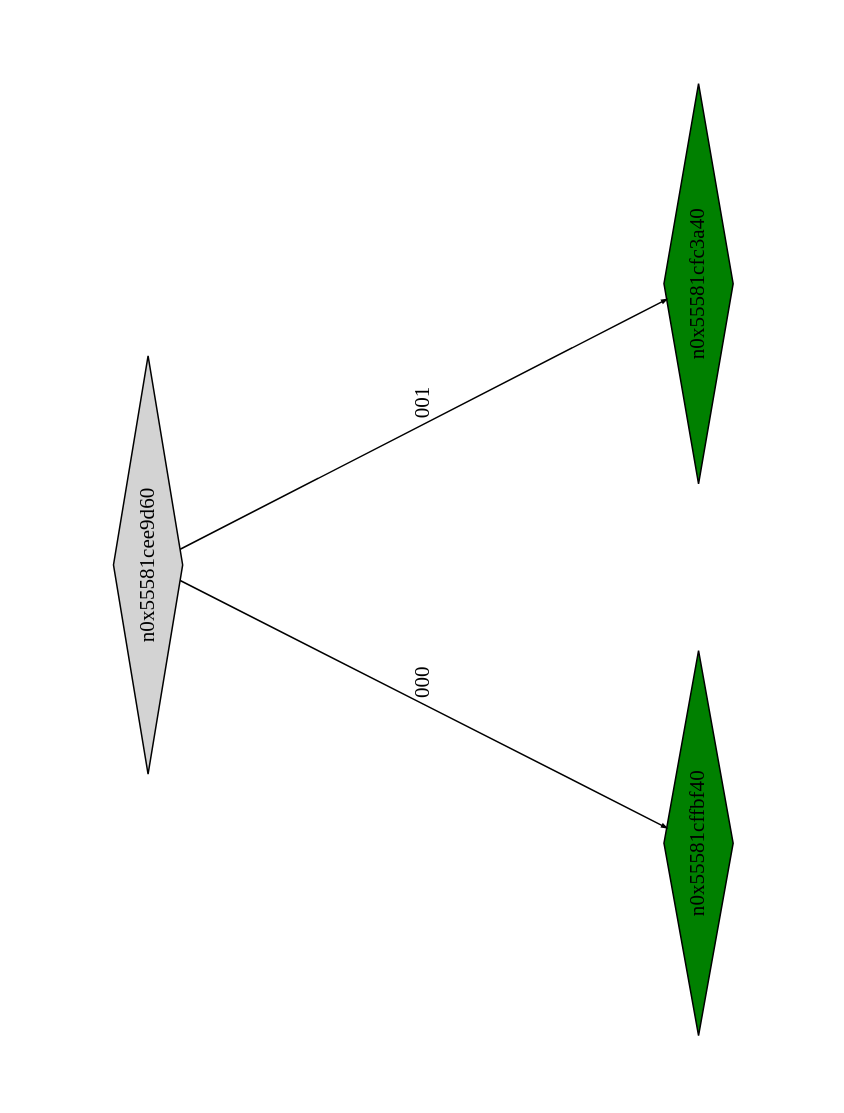
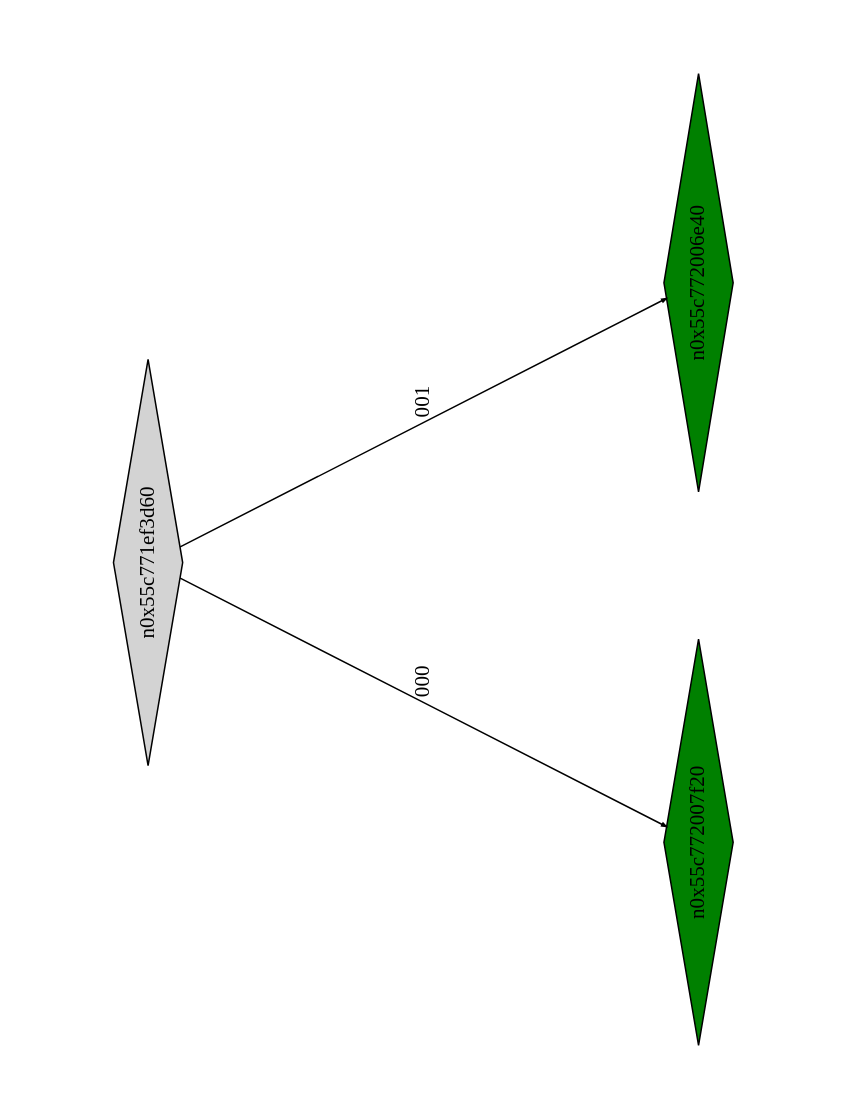
One commit to Research-Tools-PAVT/PSE-Program-Examples changed the diagram in example2_klee_out/ptree_00000116.dot. Above: the diagram before and after it, drawn with Graphviz. The commit also changed 1681 other files, not shown here.

```diff
--- a/example2_klee_out/ptree_00000116.dot
+++ b/example2_klee_out/ptree_00000116.dot
@@ -1,13 +1,13 @@
 digraph G {
 	size="10,7.5";
 	ratio=fill;
 	rotate=90;
 	center = "true";
 	node [style="filled",width=.1,height=.1,fontname="Terminus"]
 	edge [arrowsize=.3]
-	n0x55581cee9d60 [shape=diamond];
-	n0x55581cee9d60 -> n0x55581cffbf40 [label=000];
-	n0x55581cee9d60 -> n0x55581cfc3a40 [label=001];
-	n0x55581cfc3a40 [shape=diamond,fillcolor=green];
-	n0x55581cffbf40 [shape=diamond,fillcolor=green];
+	n0x55c771ef3d60 [shape=diamond];
+	n0x55c771ef3d60 -> n0x55c772007f20 [label=000];
+	n0x55c771ef3d60 -> n0x55c772006e40 [label=001];
+	n0x55c772006e40 [shape=diamond,fillcolor=green];
+	n0x55c772007f20 [shape=diamond,fillcolor=green];
 }
```
